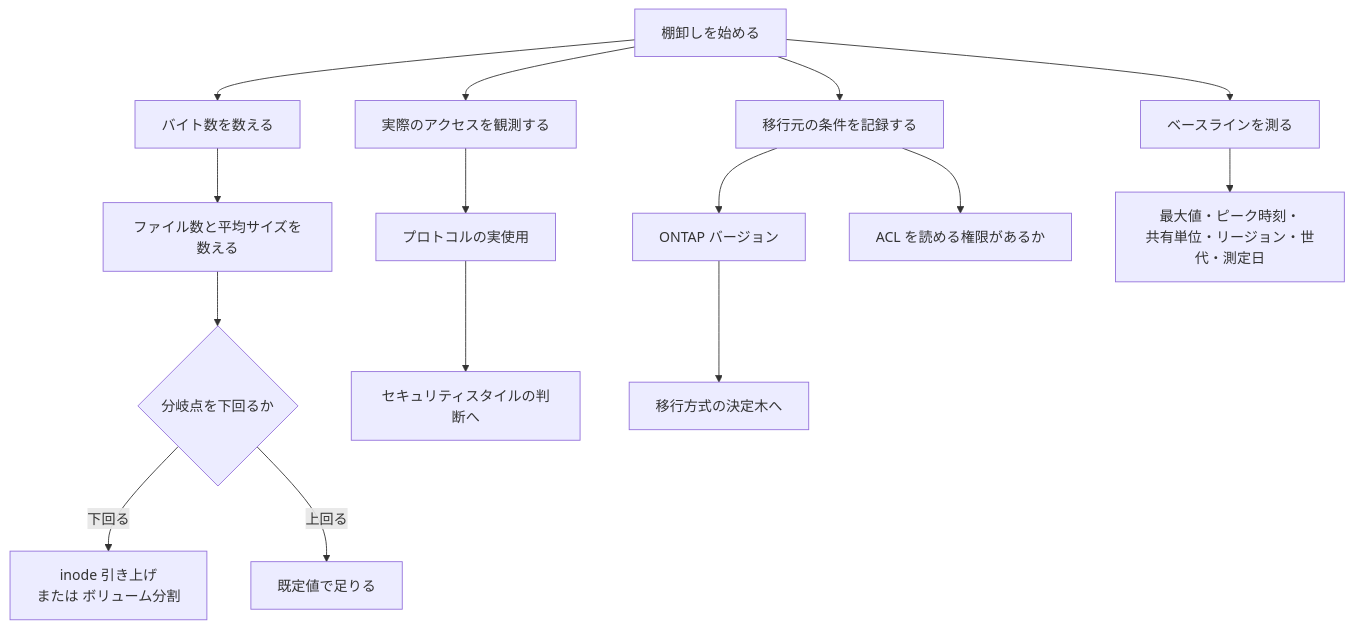
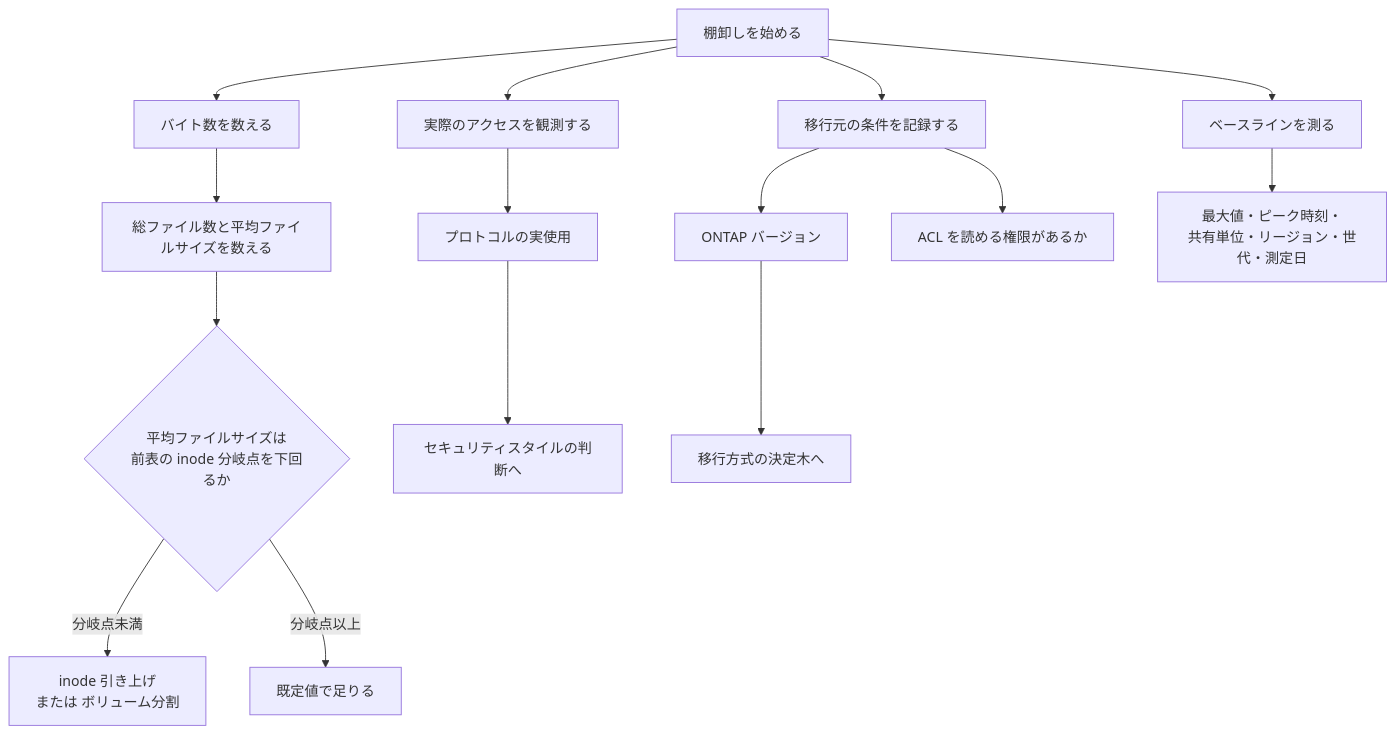
One commit to Yoshiki0705/FSx-for-ONTAP-Adoption-Playbook changed the diagram in docs/ja/playbooks/01-assess/notes/counting-bytes-is-not-counting-files.md. Above: the diagram before and after it, drawn with Mermaid. The commit also changed other lines of this file and 257 other files, not shown here.

````diff
--- a/docs/ja/playbooks/01-assess/notes/counting-bytes-is-not-counting-files.md
+++ b/docs/ja/playbooks/01-assess/notes/counting-bytes-is-not-counting-files.md
@@ -169,20 +189,20 @@
 ```mermaid
 graph TD
     A[棚卸しを始める] --> B[バイト数を数える]
-    B --> C[ファイル数と平均サイズを数える]
-    C --> D{分岐点を下回るか}
-    D -->|下回る| E[inode 引き上げ<br/>または ボリューム分割]
-    D -->|上回る| F[既定値で足りる]
+    B --> C[総ファイル数と平均ファイルサイズを数える]
+    C --> D{平均ファイルサイズは<br/>前表の inode 分岐点を下回るか}
+    D -->|分岐点未満| E[inode 引き上げ<br/>または ボリューム分割]
+    D -->|分岐点以上| F[既定値で足りる]
 
     A --> G[実際のアクセスを観測する]
     G --> H[プロトコルの実使用]
     H --> I[セキュリティスタイルの判断へ]
 
     A --> J[移行元の条件を記録する]
     J --> K[ONTAP バージョン]
     J --> L[ACL を読める権限があるか]
     K --> M[移行方式の決定木へ]
 
     A --> N[ベースラインを測る]
     N --> O[最大値・ピーク時刻・<br/>共有単位・リージョン・世代・測定日]
 ```
````
